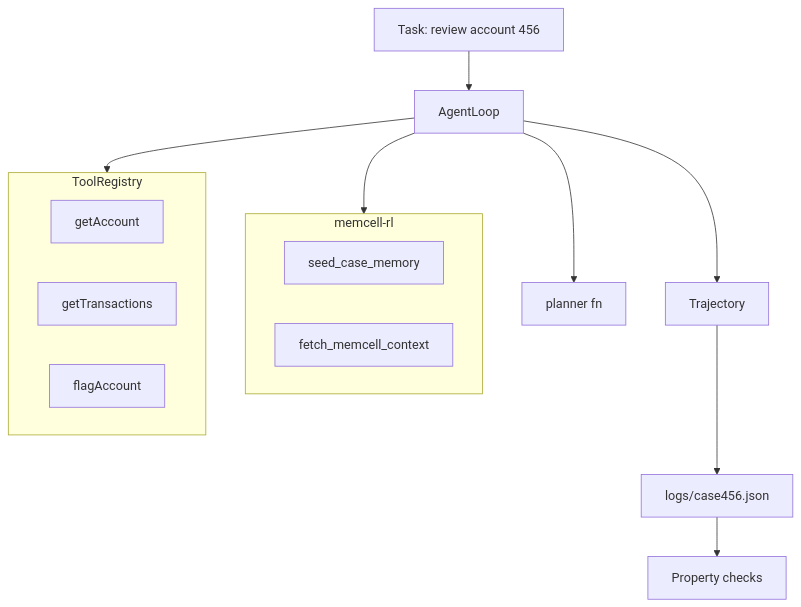
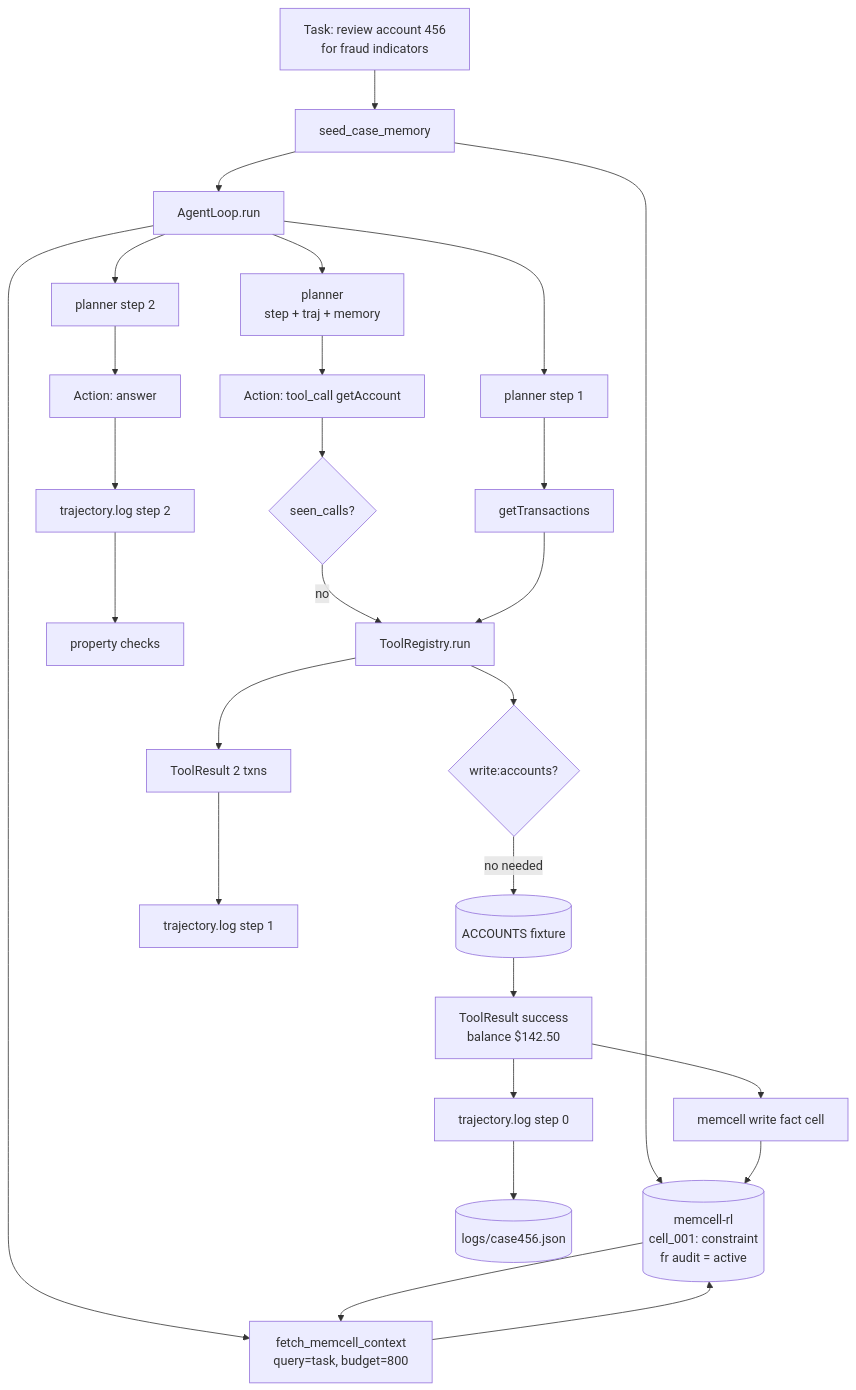
The diagram in src/book1/11-together.md (adu3110/building-agentic-systems), drawn with Mermaid before and after one commit. The commit also changed other lines of this file and 2 other files, not shown here.

````diff
--- a/src/book1/11-together.md
+++ b/src/book1/11-together.md
@@ -7,22 +7,36 @@
 ```mermaid
 flowchart TB
-  Task[Task: review account 456] --> Loop[AgentLoop]
+  Task[Task: review account 456\nfor fraud indicators] --> Seed[seed_case_memory]
+  Seed --> M[(memcell-rl\ncell_001: constraint\nfr audit = active)]
 
-  subgraph memory [memcell-rl]
-    Seed[seed_case_memory]
-    Decide[fetch_memcell_context]
-  end
+  Seed --> Loop[AgentLoop.run]
 
-  subgraph tools [ToolRegistry]
-    GA[getAccount]
-    GT[getTransactions]
-    FA[flagAccount]
-  end
+  Loop --> CTX[fetch_memcell_context\nquery=task, budget=800]
+  CTX --> M
+  M --> CTX
 
-  Loop --> Planner[planner fn]
-  Loop --> memory
-  Loop --> tools
-  Loop --> Traj[Trajectory]
-  Traj --> JSON[logs/case456.json]
-  JSON --> Props[Property checks]
+  Loop --> Plan[planner\nstep + traj + memory]
+  Plan --> A[Action: tool_call getAccount]
+
+  A --> Dup{seen_calls?}
+  Dup -->|no| Reg[ToolRegistry.run]
+  Reg --> Perm{write:accounts?}
+  Perm -->|no needed| DB[(ACCOUNTS fixture)]
+  DB --> TR[ToolResult success\nbalance $142.50]
+
+  TR --> Write[memcell write fact cell]
+  Write --> M
+  TR --> Log[trajectory.log step 0]
+  Log --> T[(logs/case456.json)]
+
+  Loop --> Plan2[planner step 1]
+  Plan2 --> A2[getTransactions]
+  A2 --> Reg
+  Reg --> TR2[ToolResult 2 txns]
+  TR2 --> Log2[trajectory.log step 1]
+
+  Loop --> Plan3[planner step 2]
+  Plan3 --> Ans[Action: answer]
+  Ans --> Log3[trajectory.log step 2]
+  Log3 --> Props[property checks]
 ```
````
